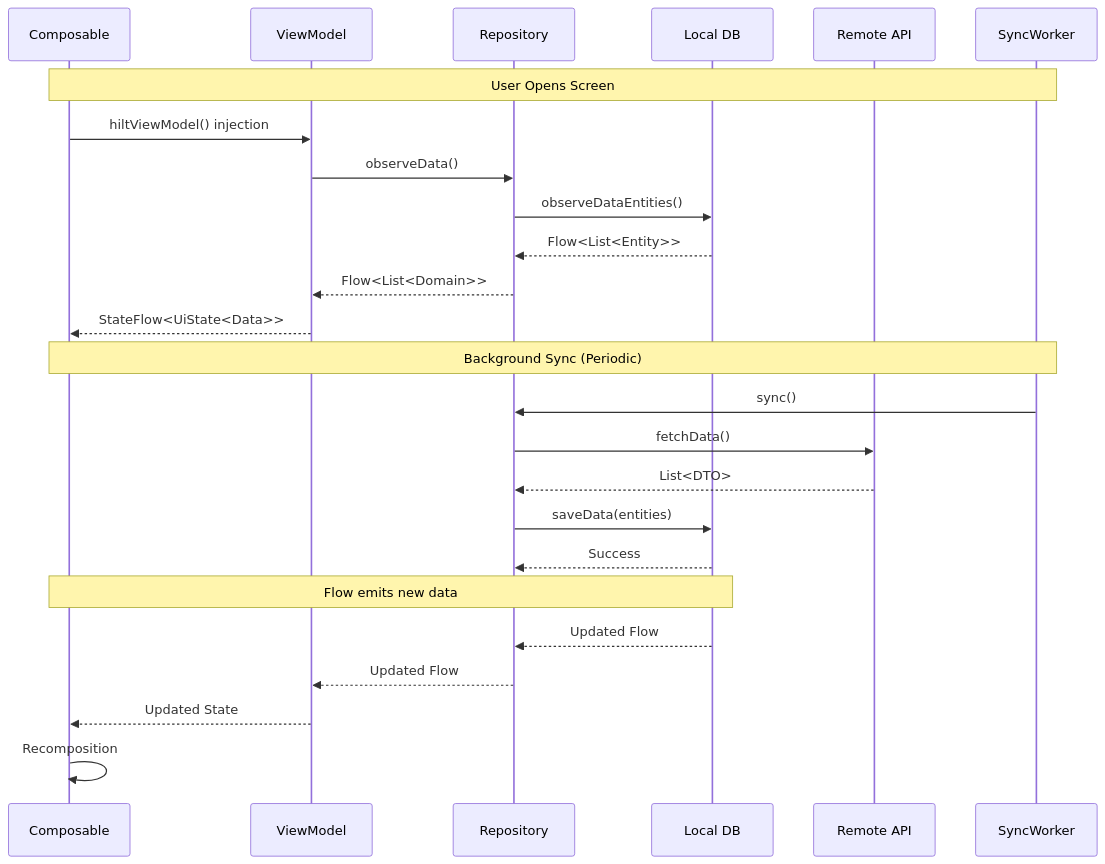
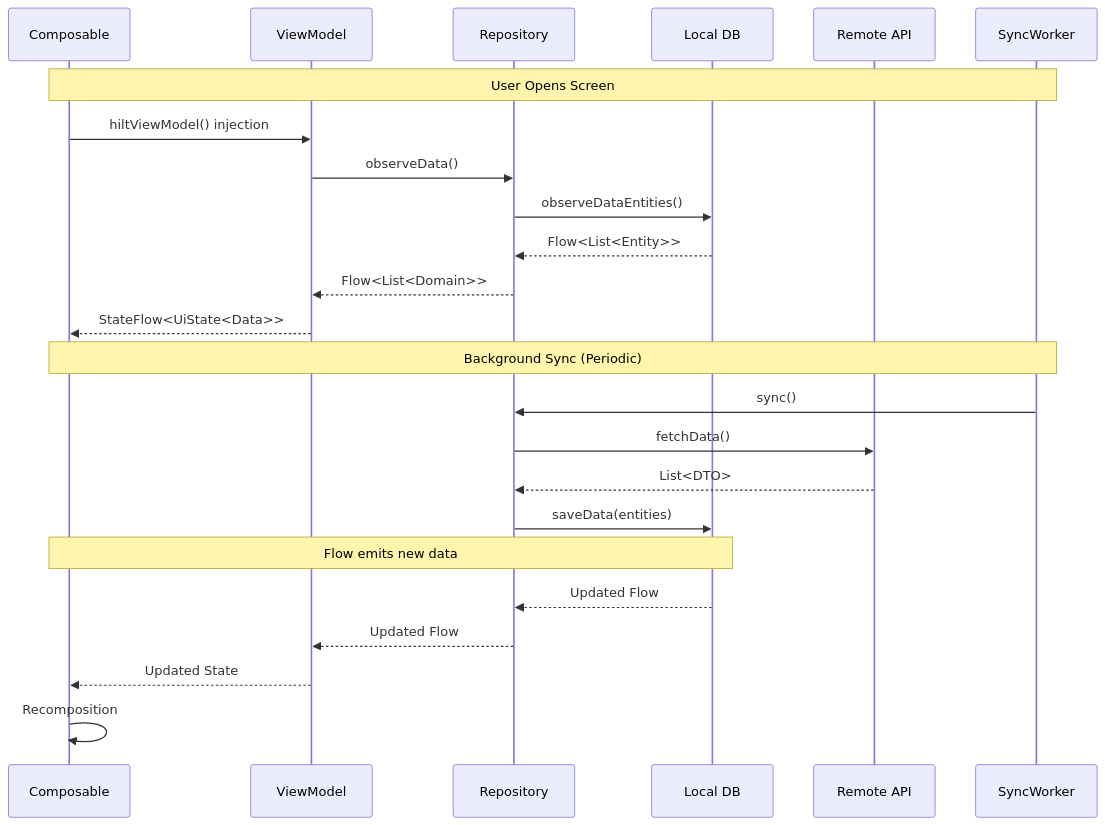
One commit to atick-faisal/Jetpack-Android-Starter changed the third of 3 diagrams in docs/architecture.md. Above: the diagram before and after it, drawn with Mermaid. The commit also changed other lines of this file and 1 other file, not shown here.

First line of the commit message:
Rewrite architecture.md, cutting stale content and duplication

````diff
--- a/docs/architecture.md
+++ b/docs/architecture.md
@@ -516,27 +206,26 @@
 ```mermaid
 sequenceDiagram
     participant UI as Composable
     participant VM as ViewModel
     participant Repo as Repository
     participant Local as Local DB
     participant Remote as Remote API
     participant Sync as SyncWorker
     Note over UI, Sync: User Opens Screen
     UI ->> VM: hiltViewModel() injection
     VM ->> Repo: observeData()
     Repo ->> Local: observeDataEntities()
     Local -->> Repo: Flow<List<Entity>>
     Repo -->> VM: Flow<List<Domain>>
     VM -->> UI: StateFlow<UiState<Data>>
     Note over UI, Sync: Background Sync (Periodic)
     Sync ->> Repo: sync()
     Repo ->> Remote: fetchData()
     Remote -->> Repo: List<DTO>
     Repo ->> Local: saveData(entities)
-    Local -->> Repo: Success
     Note over Local, UI: Flow emits new data
     Local -->> Repo: Updated Flow
     Repo -->> VM: Updated Flow
     VM -->> UI: Updated State
     UI ->> UI: Recomposition
 ```
````
